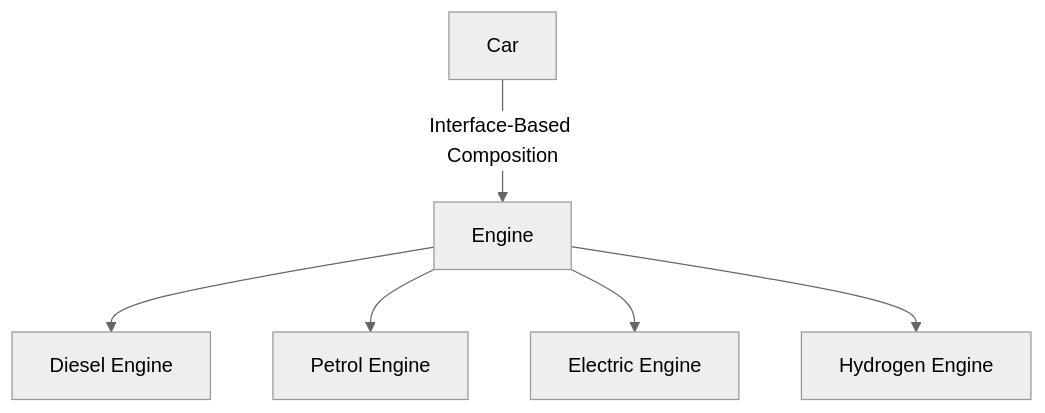
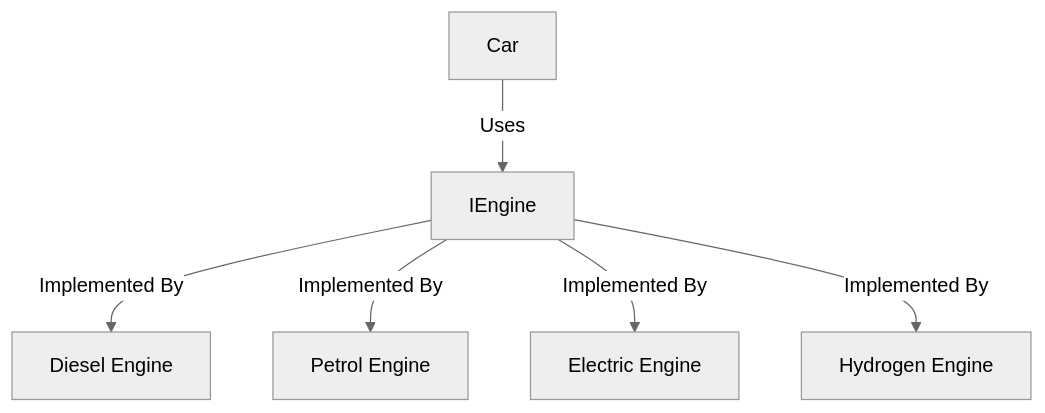
One commit to SaidBenaissa/Interface-BasedComposition changed the diagram in README.md. Above: the diagram before and after it, drawn with Mermaid (neutral theme).

Commit message:
Clarify engine composition using IEngine interface

````diff
--- a/README.md
+++ b/README.md
@@ -3,8 +3,8 @@
-  ```mermaid
-  graph TD
-      A[Car] -->|Interface-Based Composition| B[Engine]
-      B --> C[Diesel Engine]
-      B --> D[Petrol Engine]
-      B --> E[Electric Engine]
-      B --> F[Hydrogen Engine]
-  ```
+```mermaid
+graph TD
+    A[Car] -->|Uses| G[IEngine]
+    G -->|Implemented By| C[Diesel Engine]
+    G -->|Implemented By| D[Petrol Engine]
+    G -->|Implemented By| E[Electric Engine]
+    G -->|Implemented By| F[Hydrogen Engine]
+```
````
